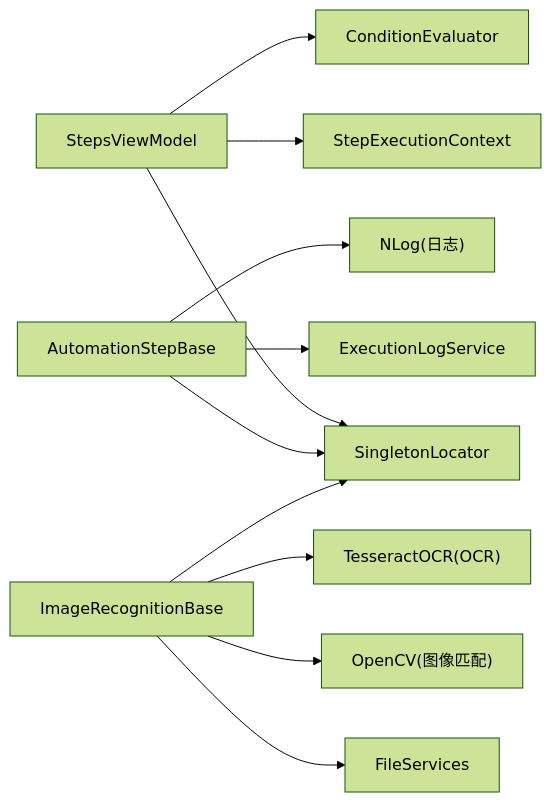
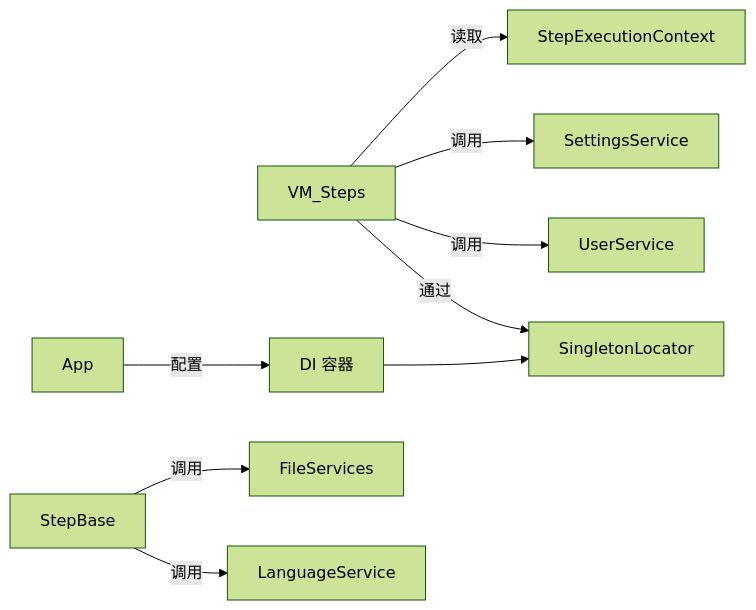
One commit to yooxii/ShaoLuAuto changed the eighth of 8 diagrams in .qoder/repowiki/zh/content/架构设计/架构设计.md. Above: the diagram before and after it, drawn with Mermaid (forest theme). The commit also changed other lines of this file and 213 other files, not shown here.

````diff
--- a/.qoder/repowiki/zh/content/架构设计/架构设计.md
+++ b/.qoder/repowiki/zh/content/架构设计/架构设计.md
@@ -393,13 +417,11 @@
 ```mermaid
 graph LR
-VM_Steps["StepsViewModel"] --> U_Locator["SingletonLocator"]
-VM_AutoStep["AutomationStepBase"] --> U_Locator
-VM_ImageRec["ImageRecognitionBase"] --> U_Locator
-VM_Steps --> S_Context["StepExecutionContext"]
-VM_Steps --> S_CondEval["ConditionEvaluator"]
-VM_AutoStep --> S_Log["ExecutionLogService"]
-VM_ImageRec --> S_File["FileServices"]
-VM_ImageRec --> Ext_OpenCV["OpenCV(图像匹配)"]
-VM_ImageRec --> Ext_Tess["TesseractOCR(OCR)"]
-VM_AutoStep --> Ext_NLog["NLog(日志)"]
+VM_Steps --> |读取| Ctx["StepExecutionContext"]
+VM_Steps --> |调用| S_Setting["SettingsService"]
+VM_Steps --> |调用| S_User["UserService"]
+VM_Steps --> |通过| U_Singleton["SingletonLocator"]
+StepBase --> |调用| S_File["FileServices"]
+StepBase --> |调用| S_Lang["LanguageService"]
+App --> |配置| Ioc["DI 容器"]
+Ioc --> U_Singleton
 ```
````
